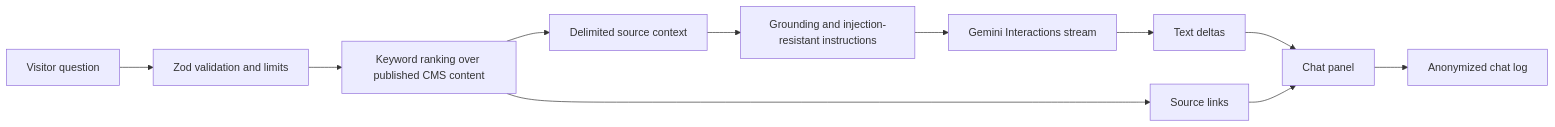
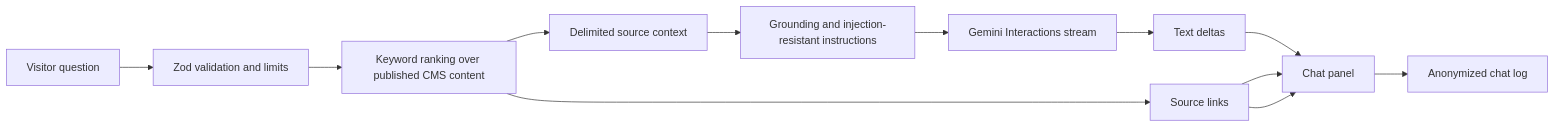
One commit to Anas-S-Muhammed/Portfolio_main changed the diagram in docs/ai-pipeline.md. Above: the diagram before and after it, drawn with Mermaid.

Commit message:
Fixing deplyment issues

````diff
--- a/docs/ai-pipeline.md
+++ b/docs/ai-pipeline.md
@@ -3,13 +3,15 @@
 ```mermaid
 flowchart LR
   Q[Visitor question] --> V[Zod validation and limits]
   V --> R[Keyword ranking over published CMS content]
   R --> C[Delimited source context]
   C --> P[Grounding and injection-resistant instructions]
   P --> G[Gemini Interactions stream]
   G --> S[Text deltas]
   R --> L[Source links]
   S --> UI[Chat panel]
   L --> UI
+  L --> UI
+
   UI --> H[Anonymized chat log]
 ```
````
